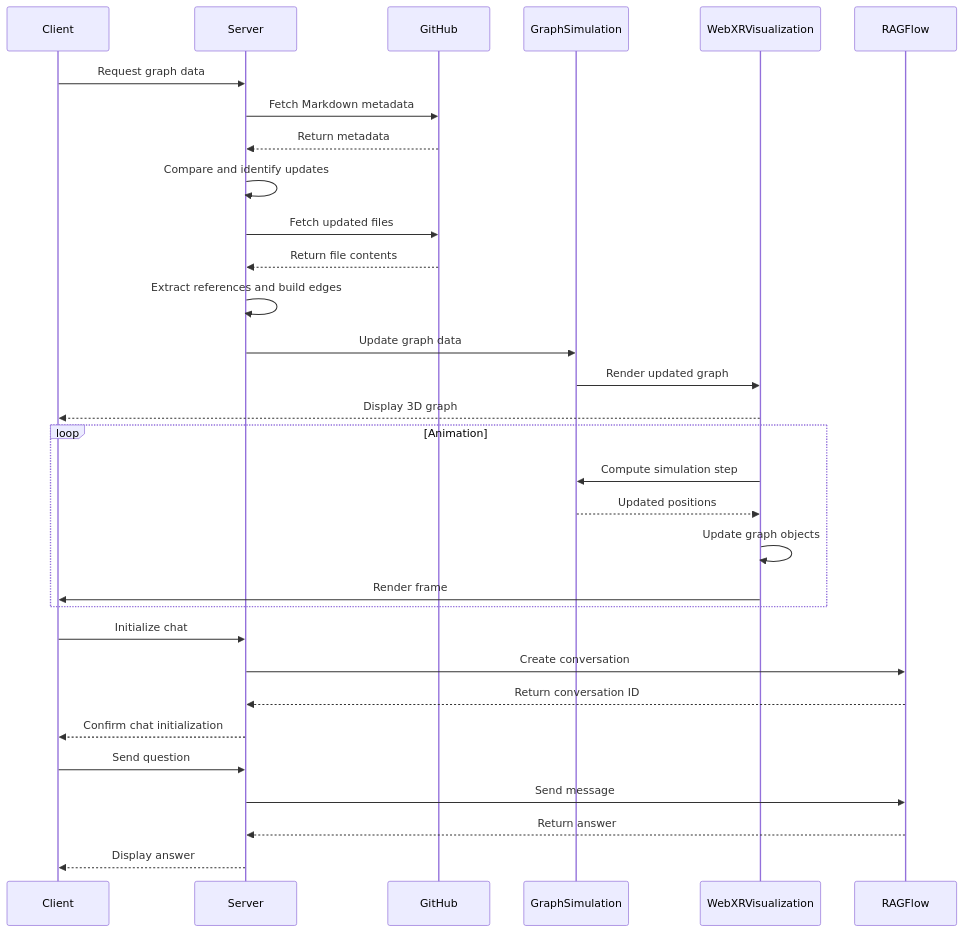
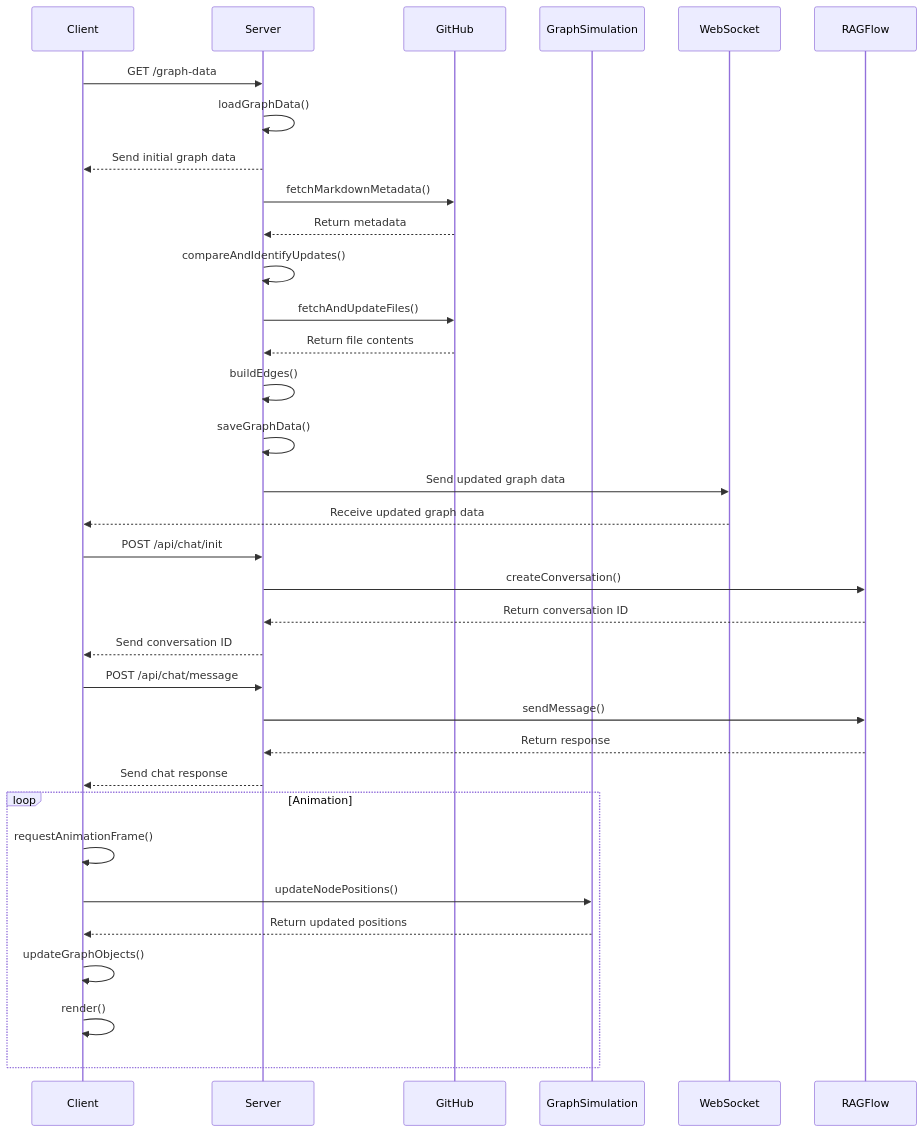
One commit to MITIH-Dreamlab/JingSpringThing changed the second of 2 diagrams in README.md. Above: the diagram before and after it, drawn with Mermaid. The commit also changed other lines of this file, not shown here.

````diff
--- a/README.md
+++ b/README.md
@@ -119,33 +147,40 @@
 ```mermaid
 sequenceDiagram
     participant Client
     participant Server
     participant GitHub
     participant GraphSimulation
-    participant WebXRVisualization
+    participant WebSocket
     participant RAGFlow
-    Client->>Server: Request graph data
-    Server->>GitHub: Fetch Markdown metadata
+
+    Client->>Server: GET /graph-data
+    Server->>Server: loadGraphData()
+    Server-->>Client: Send initial graph data
+    Server->>GitHub: fetchMarkdownMetadata()
     GitHub-->>Server: Return metadata
-    Server->>Server: Compare and identify updates
-    Server->>GitHub: Fetch updated files
+    Server->>Server: compareAndIdentifyUpdates()
+    Server->>GitHub: fetchAndUpdateFiles()
     GitHub-->>Server: Return file contents
-    Server->>Server: Extract references and build edges
-    Server->>GraphSimulation: Update graph data
-    GraphSimulation->>WebXRVisualization: Render updated graph
-    WebXRVisualization-->>Client: Display 3D graph
+    Server->>Server: buildEdges()
+    Server->>Server: saveGraphData()
+    Server->>WebSocket: Send updated graph data
+    WebSocket-->>Client: Receive updated graph data
+
+    Client->>Server: POST /api/chat/init
+    Server->>RAGFlow: createConversation()
+    RAGFlow-->>Server: Return conversation ID
+    Server-->>Client: Send conversation ID
+
+    Client->>Server: POST /api/chat/message
+    Server->>RAGFlow: sendMessage()
+    RAGFlow-->>Server: Return response
+    Server-->>Client: Send chat response
+
     loop Animation
-        WebXRVisualization->>GraphSimulation: Compute simulation step
-        GraphSimulation-->>WebXRVisualization: Updated positions
-        WebXRVisualization->>WebXRVisualization: Update graph objects
-        WebXRVisualization->>Client: Render frame
+        Client->>Client: requestAnimationFrame()
+        Client->>GraphSimulation: updateNodePositions()
+        GraphSimulation-->>Client: Return updated positions
+        Client->>Client: updateGraphObjects()
+        Client->>Client: render()
     end
-    Client->>Server: Initialize chat
-    Server->>RAGFlow: Create conversation
-    RAGFlow-->>Server: Return conversation ID
-    Server-->>Client: Confirm chat initialization
-    Client->>Server: Send question
-    Server->>RAGFlow: Send message
-    RAGFlow-->>Server: Return answer
-    Server-->>Client: Display answer
 ```
````
